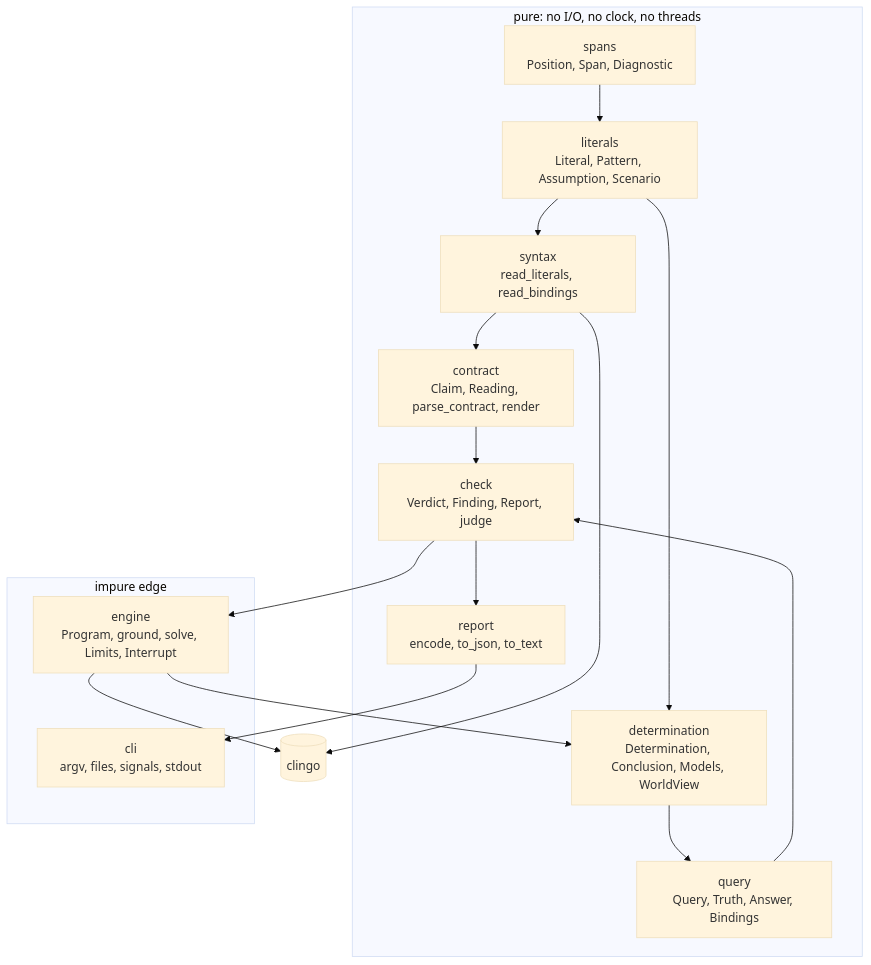
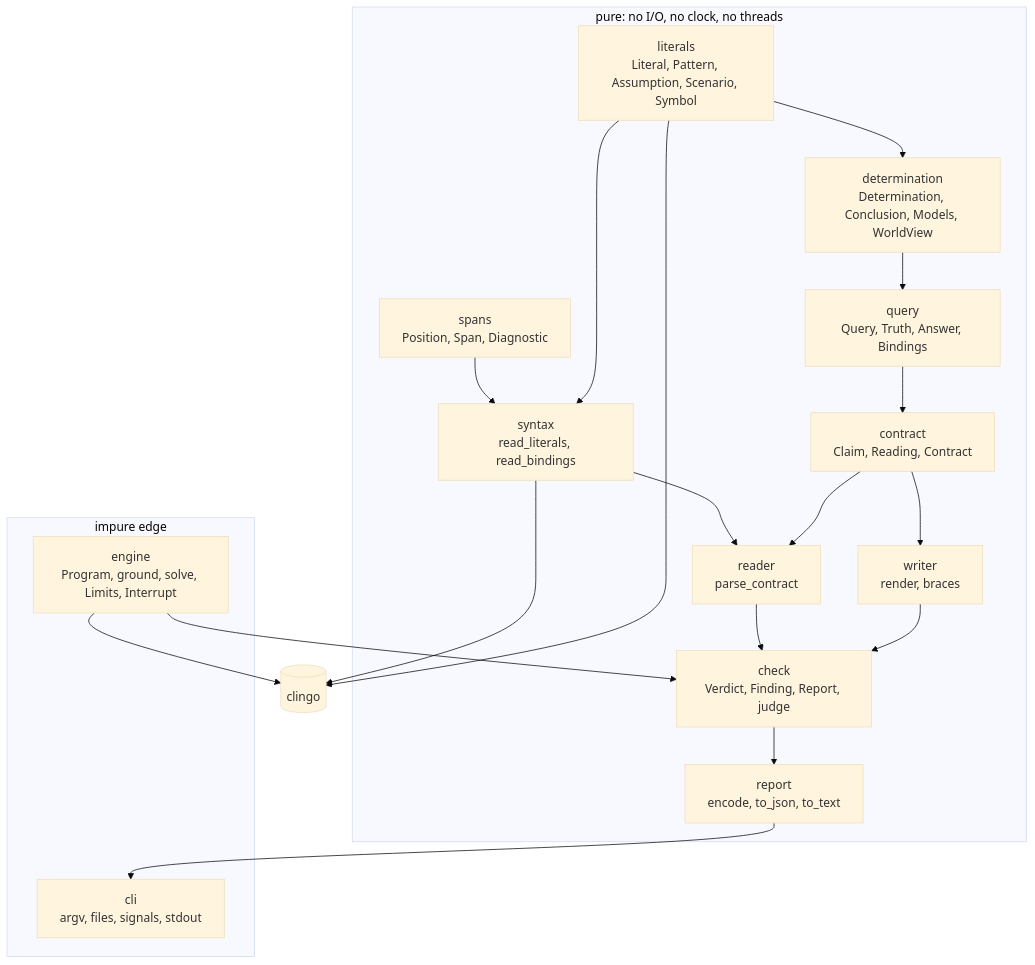
One commit to GregoryGelfond/elenctic changed the first of 2 diagrams in DESIGN-2026-10-30.md. Above: the diagram before and after it, drawn with Mermaid (base theme). The commit also changed other lines of this file, not shown here.

````diff
--- a/DESIGN-2026-10-30.md
+++ b/DESIGN-2026-10-30.md
@@ -82,26 +376,33 @@
 ```mermaid
 flowchart TD
     subgraph pure["pure: no I/O, no clock, no threads"]
         spans["spans<br/>Position, Span, Diagnostic"]
-        literals["literals<br/>Literal, Pattern, Assumption, Scenario"]
+        literals["literals<br/>Literal, Pattern, Assumption, Scenario, Symbol"]
         syntax["syntax<br/>read_literals, read_bindings"]
         determination["determination<br/>Determination, Conclusion, Models, WorldView"]
         query["query<br/>Query, Truth, Answer, Bindings"]
-        contract["contract<br/>Claim, Reading, parse_contract, render"]
+        contract["contract<br/>Claim, Reading, Contract"]
+        reader["reader<br/>parse_contract"]
+        writer["writer<br/>render, braces"]
         check["check<br/>Verdict, Finding, Report, judge"]
         report["report<br/>encode, to_json, to_text"]
     end
     subgraph impure["impure edge"]
         engine["engine<br/>Program, ground, solve, Limits, Interrupt"]
         cli["cli<br/>argv, files, signals, stdout"]
     end
     clingo[(clingo)]
-    spans --> literals --> syntax --> contract
-    literals --> determination --> query --> check
-    contract --> check
-    engine --> determination
+    spans --> syntax
+    literals --> syntax
+    literals --> determination --> query --> contract
+    syntax --> reader
+    contract --> reader
+    contract --> writer
+    reader --> check
+    writer --> check
+    engine --> check
+    check --> report --> cli
     engine --> clingo
     syntax --> clingo
-    check --> engine
-    check --> report --> cli
+    literals --> clingo
 ```
````
